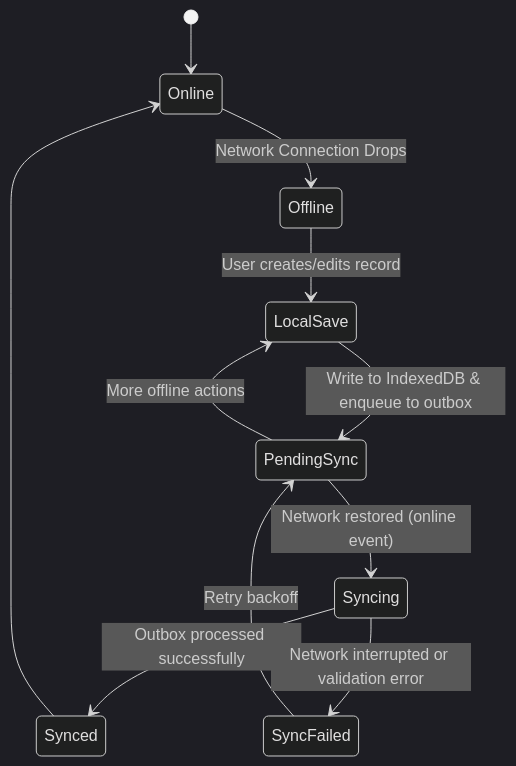
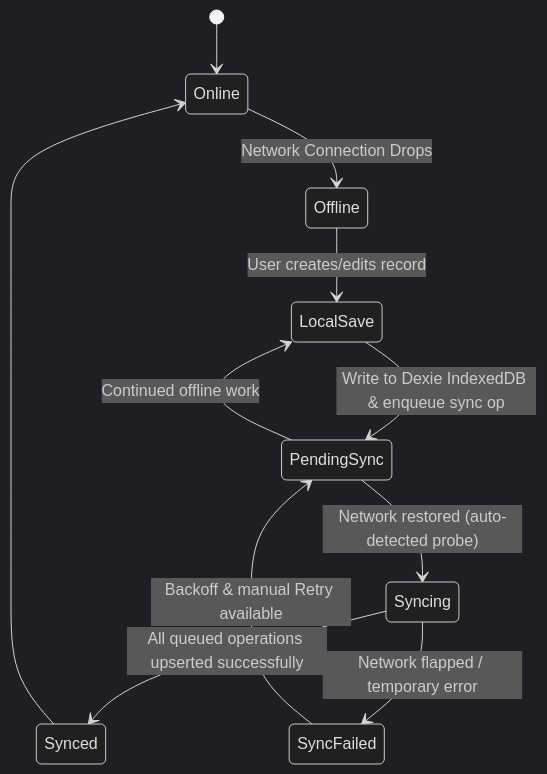
One commit to Khemraj-Sahu-9/IUR-26 changed the diagram in docs/offline-sync.md. Above: the diagram before and after it, drawn with Mermaid (dark theme). The commit also changed other lines of this file and 18 other files, not shown here.

````diff
--- a/docs/offline-sync.md
+++ b/docs/offline-sync.md
@@ -6,13 +6,13 @@
 ```mermaid
 stateDiagram-v2
     [*] --> Online
     Online --> Offline : Network Connection Drops
     Offline --> LocalSave : User creates/edits record
-    LocalSave --> PendingSync : Write to IndexedDB & enqueue to outbox
-    PendingSync --> LocalSave : More offline actions
-    PendingSync --> Syncing : Network restored (online event)
-    Syncing --> Synced : Outbox processed successfully
-    Syncing --> SyncFailed : Network interrupted or validation error
-    SyncFailed --> PendingSync : Retry backoff
+    LocalSave --> PendingSync : Write to Dexie IndexedDB & enqueue sync op
+    PendingSync --> LocalSave : Continued offline work
+    PendingSync --> Syncing : Network restored (auto-detected probe)
+    Syncing --> Synced : All queued operations upserted successfully
+    Syncing --> SyncFailed : Network flapped / temporary error
+    SyncFailed --> PendingSync : Backoff & manual Retry available
     Synced --> Online
 ```
````
